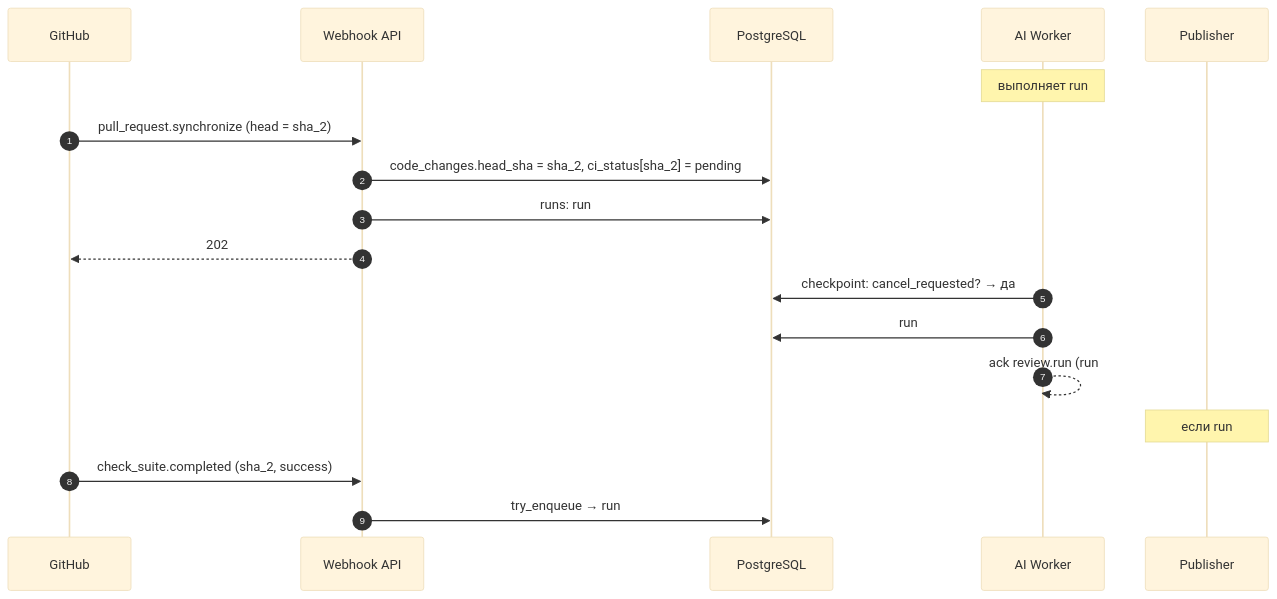
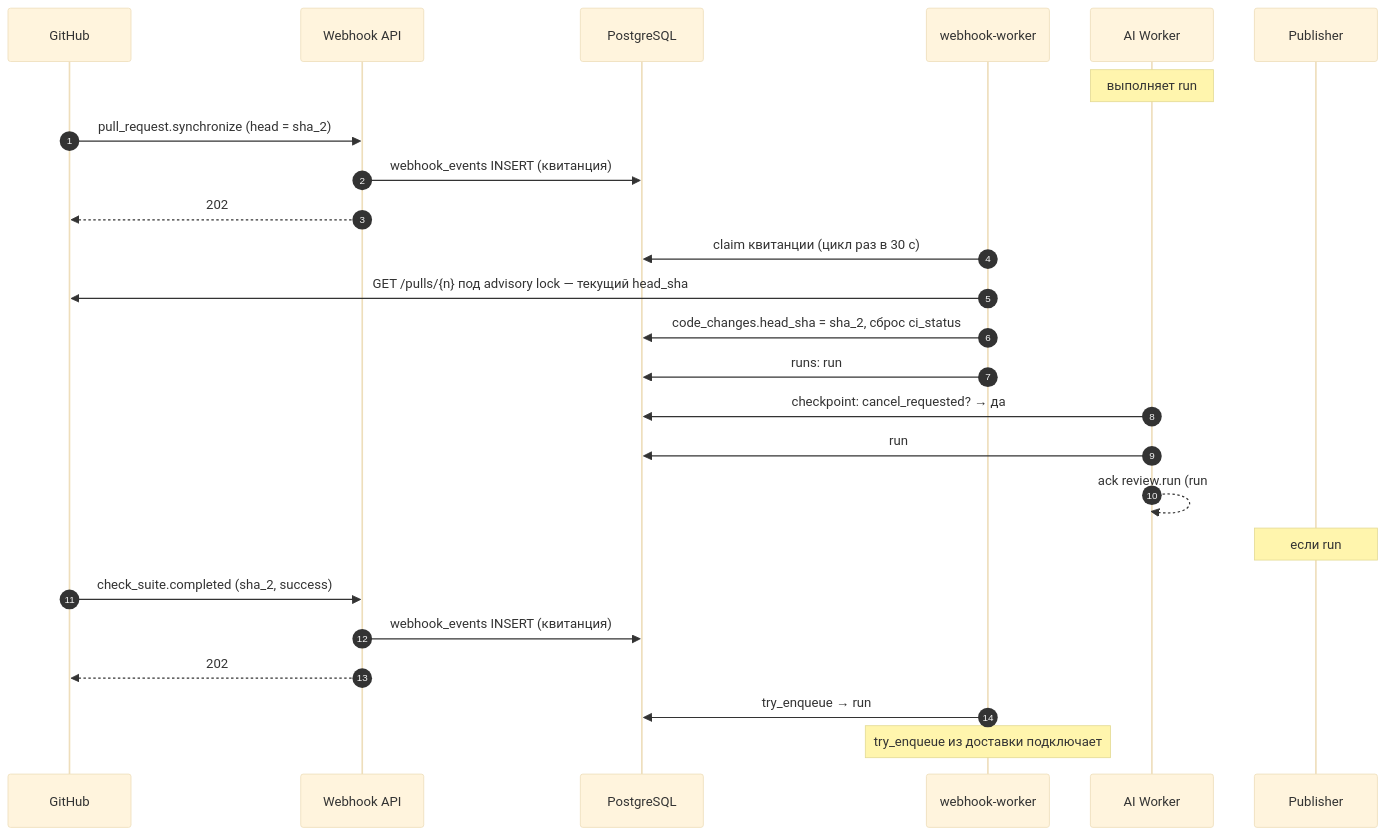
The sixth of 13 diagrams in docs/SYSTEM_DESIGN.md (larchanka-training/dmc-268-api-t6), drawn with Mermaid (base theme) before and after one commit. The commit also changed other lines of this file and 13 other files, not shown here.

````diff
--- a/docs/SYSTEM_DESIGN.md
+++ b/docs/SYSTEM_DESIGN.md
@@ -285,21 +296,28 @@
 ```mermaid
 sequenceDiagram
   autonumber
   participant GH as GitHub
   participant WH as Webhook API
   participant PG as PostgreSQL
+  participant WW as webhook-worker
   participant W as AI Worker
   participant P as Publisher
 
   Note over W: выполняет run#1 (sha_1)
   GH->>WH: pull_request.synchronize (head = sha_2)
-  WH->>PG: code_changes.head_sha = sha_2, ci_status[sha_2] = pending
-  WH->>PG: runs: run#1.cancel_requested = true
+  WH->>PG: webhook_events INSERT (квитанция)
   WH-->>GH: 202
+  WW->>PG: claim квитанции (цикл раз в 30 с)
+  WW->>GH: GET /pulls/{n} под advisory lock — текущий head_sha
+  WW->>PG: code_changes.head_sha = sha_2, сброс ci_status
+  WW->>PG: runs: run#1.cancel_requested = true
   W->>PG: checkpoint: cancel_requested? → да
   W->>PG: run#1.state → cancelled
   W-->>W: ack review.run (run#1), без публикации
   Note over P: если run#1 уже в review.publish — Publisher сверяет sha_1 ≠ head_sha и не постит
   GH->>WH: check_suite.completed (sha_2, success)
-  WH->>PG: try_enqueue → run#2 (sha_2)
+  WH->>PG: webhook_events INSERT (квитанция)
+  WH-->>GH: 202
+  WW->>PG: try_enqueue → run#2 (sha_2)
+  Note over WW: try_enqueue из доставки подключает #52
 ```
````
